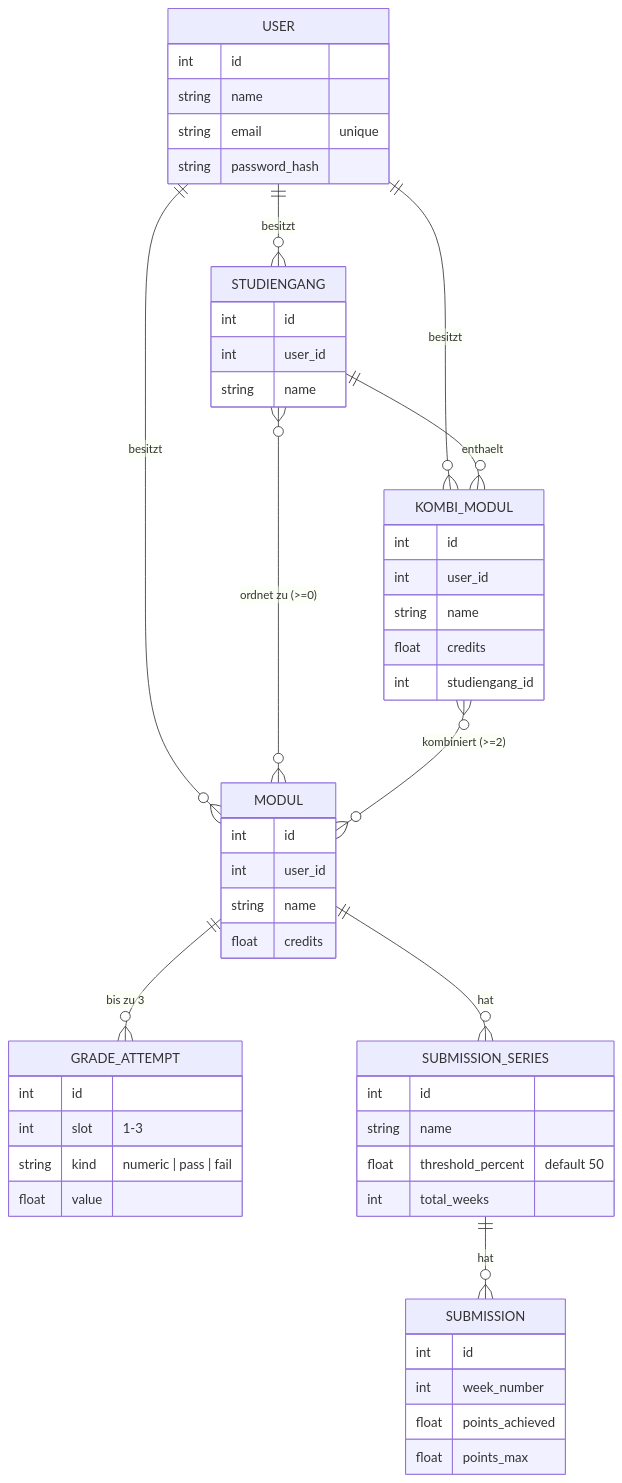
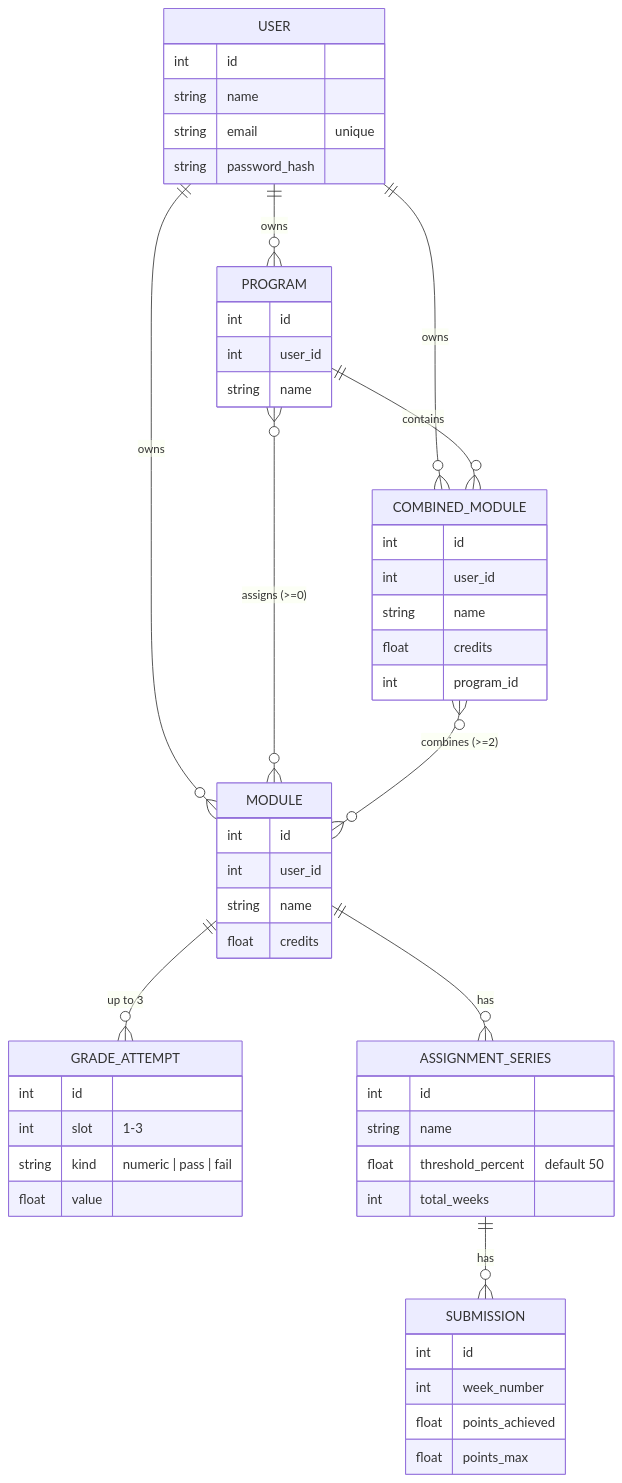
One commit to maximilianstarp/GradeTracker changed the second of 2 diagrams in README.md. Above: the diagram before and after it, drawn with Mermaid. The commit also changed other lines of this file and 26 other files, not shown here.

````diff
--- a/README.md
+++ b/README.md
@@ -75,55 +74,55 @@
 ```mermaid
 erDiagram
-    USER ||--o{ STUDIENGANG : besitzt
-    USER ||--o{ MODUL : besitzt
-    USER ||--o{ KOMBI_MODUL : besitzt
-    STUDIENGANG }o--o{ MODUL : "ordnet zu (>=0)"
-    STUDIENGANG ||--o{ KOMBI_MODUL : enthaelt
-    MODUL ||--o{ GRADE_ATTEMPT : "bis zu 3"
-    MODUL ||--o{ SUBMISSION_SERIES : hat
-    SUBMISSION_SERIES ||--o{ SUBMISSION : hat
-    KOMBI_MODUL }o--o{ MODUL : "kombiniert (>=2)"
+    USER ||--o{ PROGRAM : owns
+    USER ||--o{ MODULE : owns
+    USER ||--o{ COMBINED_MODULE : owns
+    PROGRAM }o--o{ MODULE : "assigns (>=0)"
+    PROGRAM ||--o{ COMBINED_MODULE : contains
+    MODULE ||--o{ GRADE_ATTEMPT : "up to 3"
+    MODULE ||--o{ ASSIGNMENT_SERIES : has
+    ASSIGNMENT_SERIES ||--o{ SUBMISSION : has
+    COMBINED_MODULE }o--o{ MODULE : "combines (>=2)"
 
     USER {
         int id
         string name
         string email "unique"
         string password_hash
     }
-    STUDIENGANG {
+    PROGRAM {
         int id
         int user_id
         string name
     }
-    MODUL {
+    MODULE {
         int id
         int user_id
         string name
         float credits
     }
     GRADE_ATTEMPT {
         int id
         int slot "1-3"
         string kind "numeric | pass | fail"
         float value
     }
-    SUBMISSION_SERIES {
+    ASSIGNMENT_SERIES {
         int id
         string name
         float threshold_percent "default 50"
         int total_weeks
     }
     SUBMISSION {
         int id
         int week_number
         float points_achieved
         float points_max
     }
-    KOMBI_MODUL {
+    COMBINED_MODULE {
         int id
         int user_id
         string name
         float credits
-        int studiengang_id
+        int program_id
     }
 ```
````
